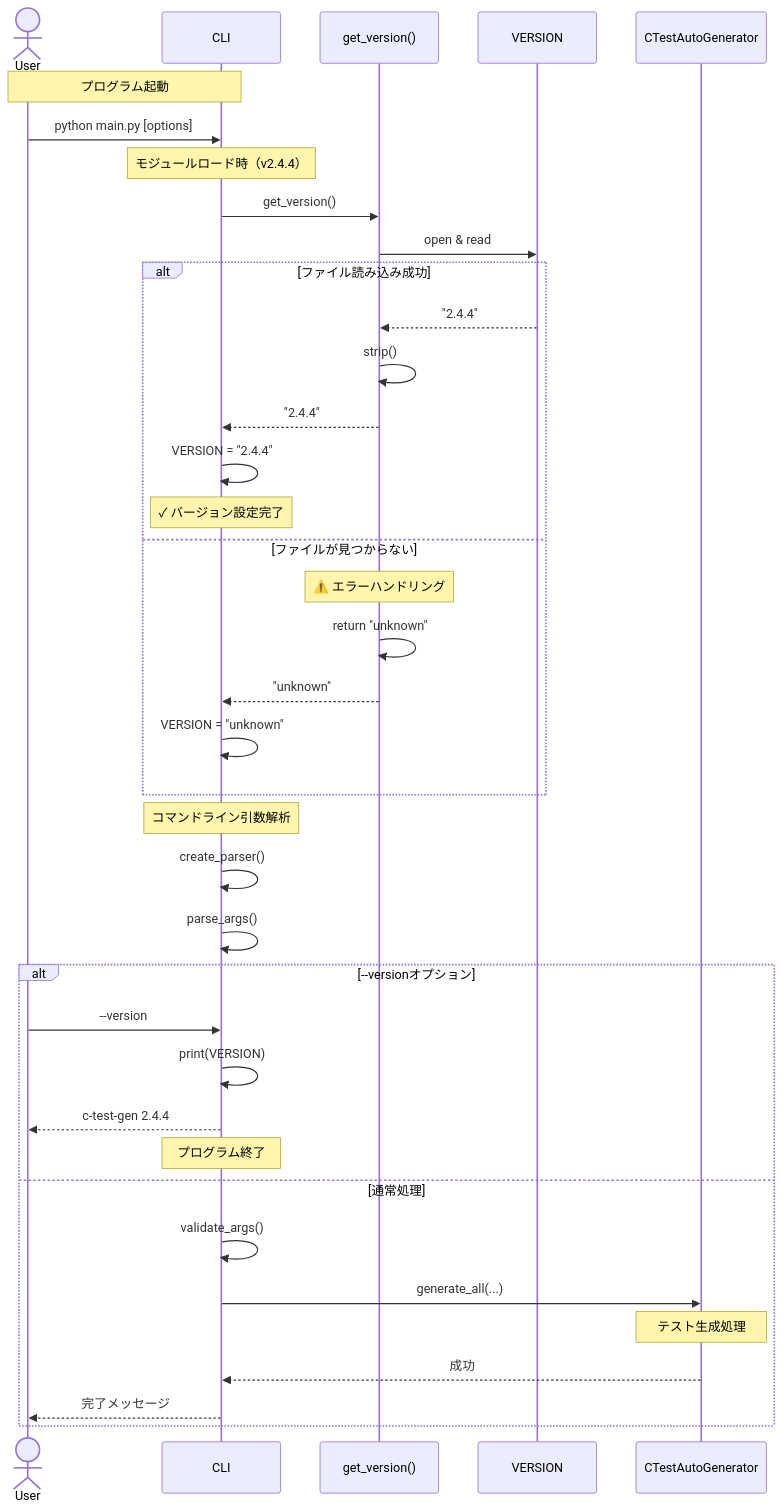
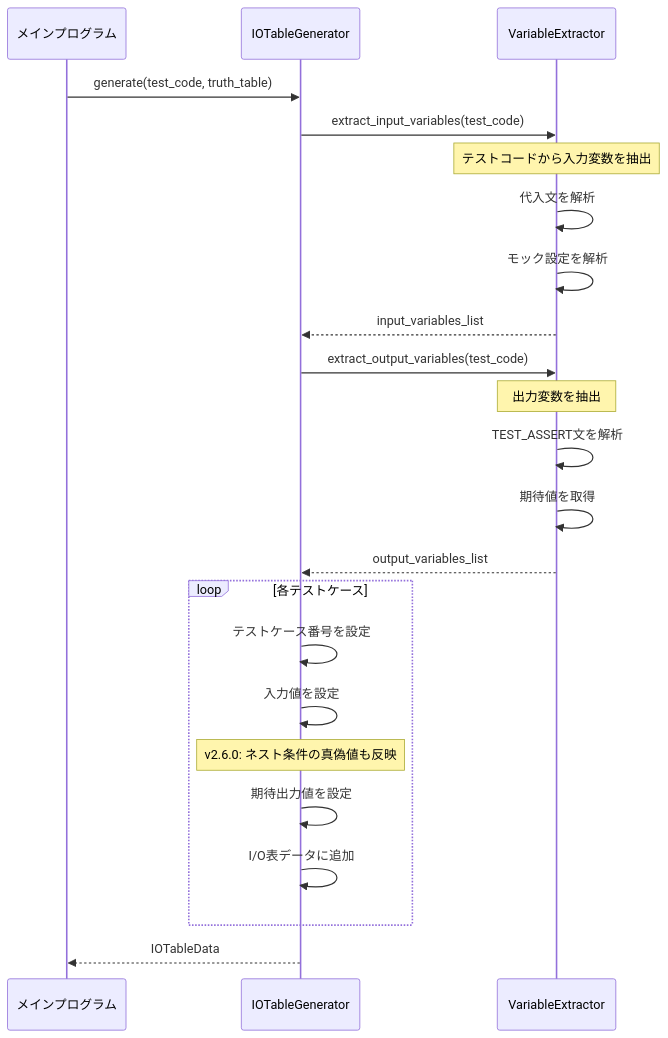
One commit to ryu5791/AutoUniTestGen changed the sixth of 7 diagrams in doc/design_sequence_diagram.md. Above: the diagram before and after it, drawn with Mermaid. The commit also changed other lines of this file and 3 other files, not shown here.

````diff
--- a/doc/design_sequence_diagram.md
+++ b/doc/design_sequence_diagram.md
@@ -601,45 +315,30 @@
 ```mermaid
 sequenceDiagram
-    actor User
-    participant CLI
-    participant GetVer as get_version()
-    participant VERSIONFile as VERSION
-    participant Main as CTestAutoGenerator
+    participant Main as メインプログラム
+    participant IOTable as IOTableGenerator
+    participant VarExtractor as VariableExtractor
 
-    Note over User,CLI: プログラム起動
-    User->>CLI: python main.py [options]
+    Main->>IOTable: generate(test_code, truth_table)
     
-    Note over CLI: モジュールロード時（v2.4.4）
-    CLI->>GetVer: get_version()
-    GetVer->>VERSIONFile: open & read
+    IOTable->>VarExtractor: extract_input_variables(test_code)
+    Note over VarExtractor: テストコードから入力変数を抽出
+    VarExtractor->>VarExtractor: 代入文を解析
+    VarExtractor->>VarExtractor: モック設定を解析
+    VarExtractor-->>IOTable: input_variables_list
     
-    alt ファイル読み込み成功
-        VERSIONFile-->>GetVer: "2.4.4"
-        GetVer->>GetVer: strip()
-        GetVer-->>CLI: "2.4.4"
-        CLI->>CLI: VERSION = "2.4.4"
-        Note over CLI: ✓ バージョン設定完了
-    else ファイルが見つからない
-        Note over GetVer: ⚠️ エラーハンドリング
-        GetVer->>GetVer: return "unknown"
-        GetVer-->>CLI: "unknown"
-        CLI->>CLI: VERSION = "unknown"
+    IOTable->>VarExtractor: extract_output_variables(test_code)
+    Note over VarExtractor: 出力変数を抽出
+    VarExtractor->>VarExtractor: TEST_ASSERT文を解析
+    VarExtractor->>VarExtractor: 期待値を取得
+    VarExtractor-->>IOTable: output_variables_list
+    
+    loop 各テストケース
+        IOTable->>IOTable: テストケース番号を設定
+        IOTable->>IOTable: 入力値を設定
+        Note over IOTable: v2.6.0: ネスト条件の真偽値も反映
+        IOTable->>IOTable: 期待出力値を設定
+        IOTable->>IOTable: I/O表データに追加
     end
     
-    Note over CLI: コマンドライン引数解析
-    CLI->>CLI: create_parser()
-    CLI->>CLI: parse_args()
-    
-    alt --versionオプション
-        User->>CLI: --version
-        CLI->>CLI: print(VERSION)
-        CLI-->>User: c-test-gen 2.4.4
-        Note over CLI: プログラム終了
-    else 通常処理
-        CLI->>CLI: validate_args()
-        CLI->>Main: generate_all(...)
-        Note over Main: テスト生成処理
-        Main-->>CLI: 成功
-        CLI-->>User: 完了メッセージ
-    end
+    IOTable-->>Main: IOTableData
 ```
````
